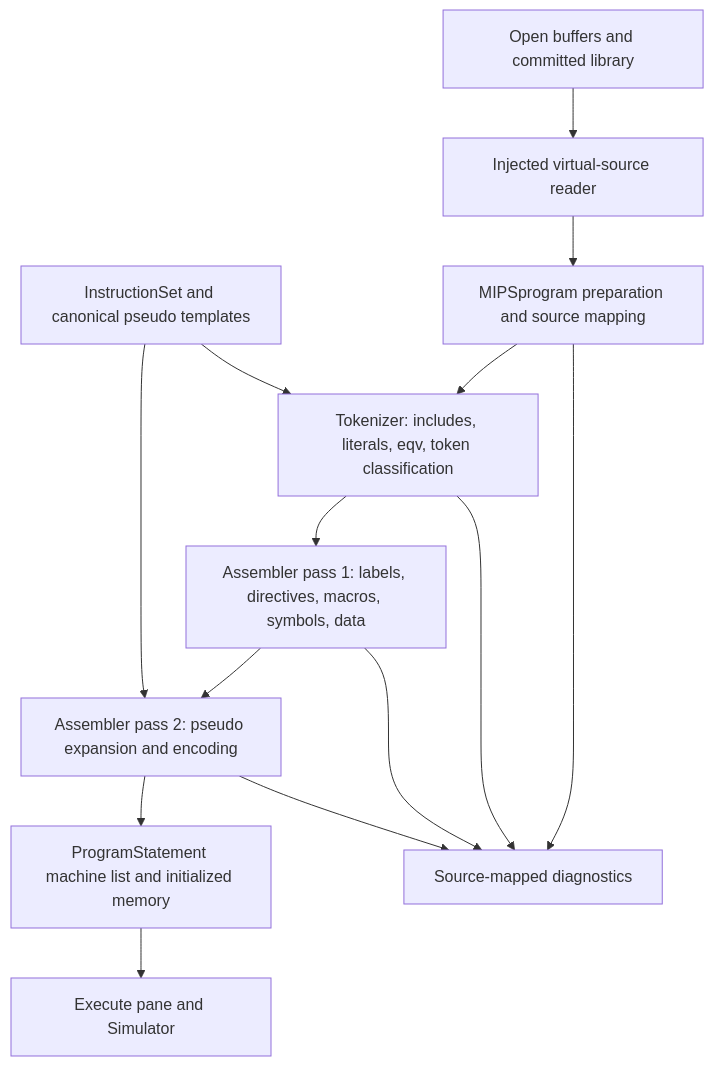
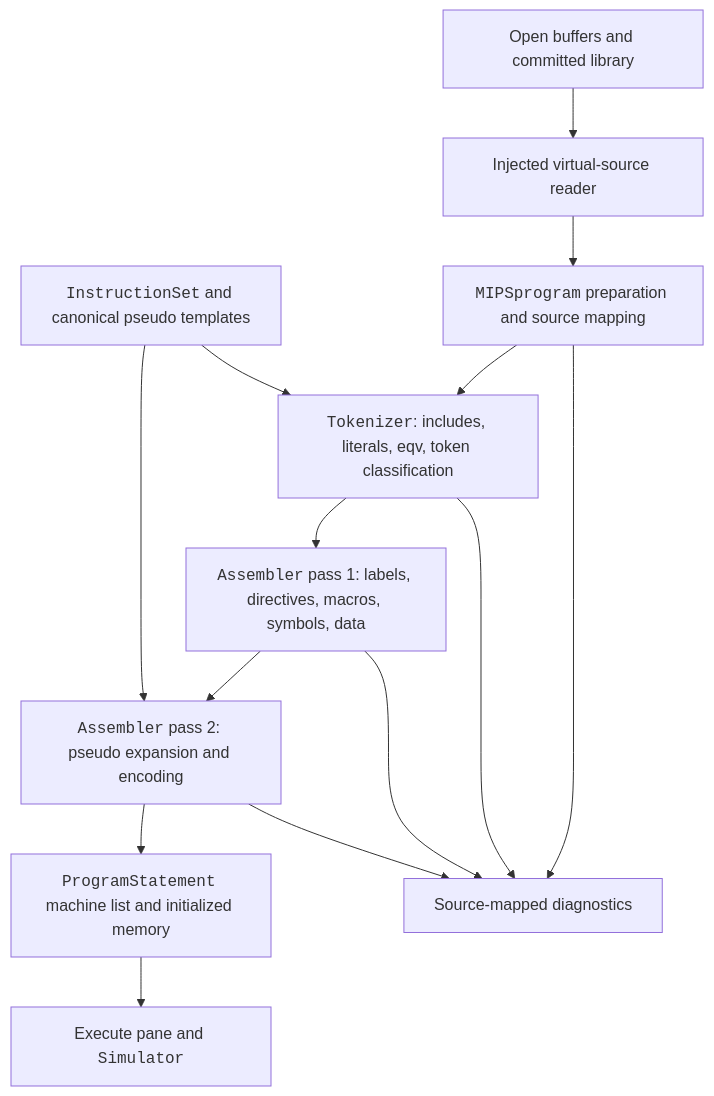
Before and after one commit to awpala/MARS-ts: the second of 5 diagrams in IMPLEMENTATION.md, drawn with Mermaid. The commit also changed other lines of this file and 9 other files, not shown here.

Commit message:
chore: add code/monospace formatting to diagram blocks

````diff
--- a/IMPLEMENTATION.md
+++ b/IMPLEMENTATION.md
@@ -160,16 +160,16 @@
 ```mermaid
 flowchart TB
     Sources["Open buffers and committed library"] --> Host["Injected virtual-source reader"]
-    Host --> Programs["MIPSprogram preparation and source mapping"]
-    Programs --> Tokens["Tokenizer: includes, literals, eqv, token classification"]
-    Tokens --> Pass1["Assembler pass 1: labels, directives, macros, symbols, data"]
-    Pass1 --> Pass2["Assembler pass 2: pseudo expansion and encoding"]
-    Registry["InstructionSet and canonical pseudo templates"] --> Tokens
+    Host --> Programs["<code>MIPSprogram</code> preparation and source mapping"]
+    Programs --> Tokens["<code>Tokenizer</code>: includes, literals, eqv, token classification"]
+    Tokens --> Pass1["<code>Assembler</code> pass 1: labels, directives, macros, symbols, data"]
+    Pass1 --> Pass2["<code>Assembler</code> pass 2: pseudo expansion and encoding"]
+    Registry["<code>InstructionSet</code> and canonical pseudo templates"] --> Tokens
     Registry --> Pass2
-    Pass2 --> Results["ProgramStatement machine list and initialized memory"]
+    Pass2 --> Results["<code>ProgramStatement</code> machine list and initialized memory"]
     Programs --> Errors["Source-mapped diagnostics"]
     Tokens --> Errors
     Pass1 --> Errors
     Pass2 --> Errors
-    Results --> Execute["Execute pane and Simulator"]
+    Results --> Execute["Execute pane and <code>Simulator</code>"]
 ```
````
